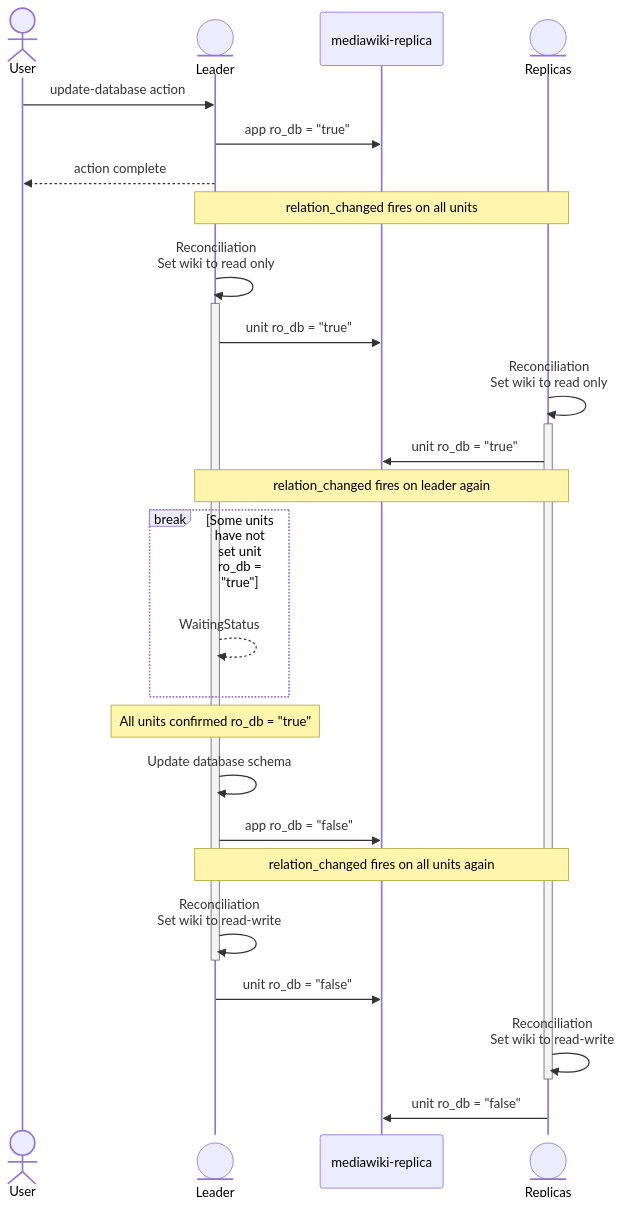
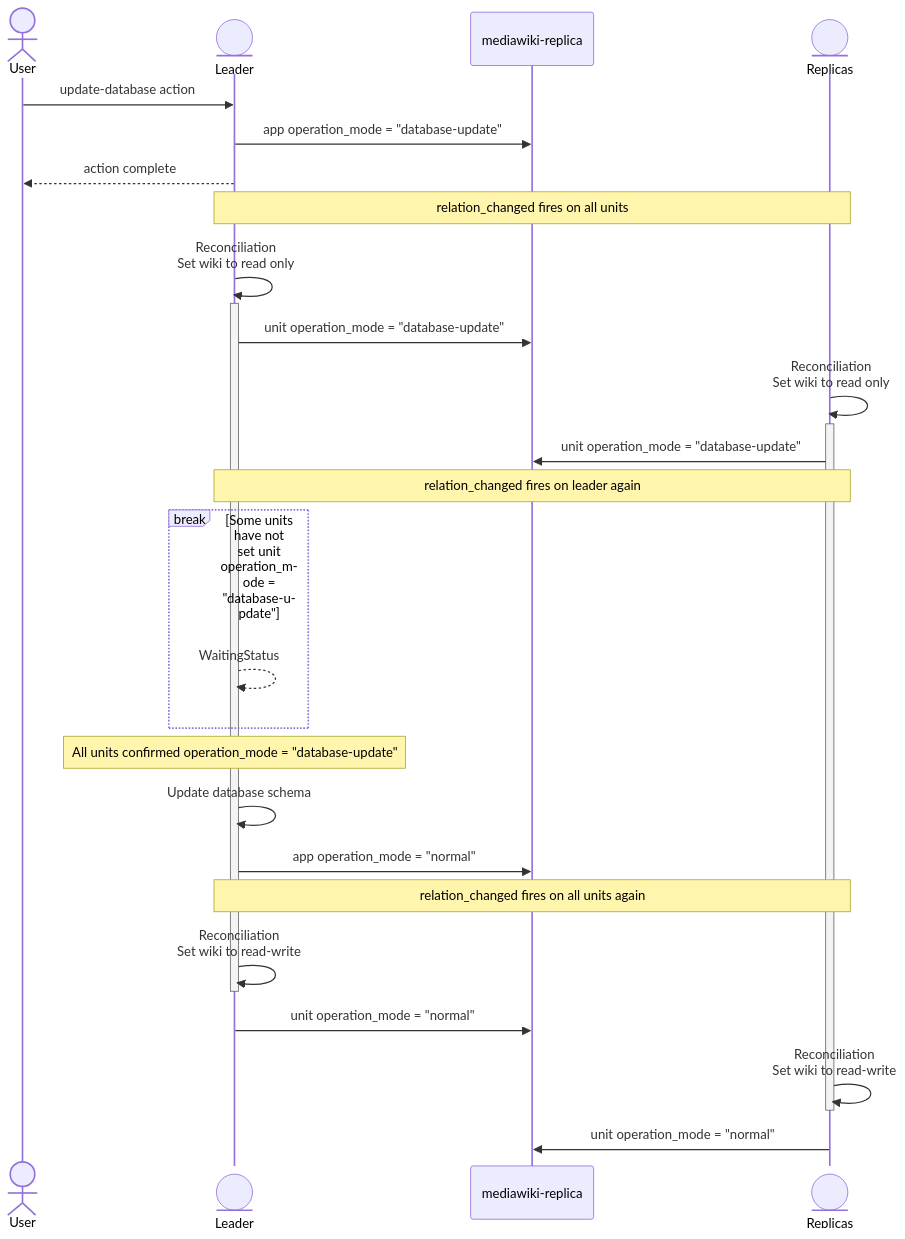
The first of 2 diagrams in docs/explanation/charm-design.rst (canonical/mediawiki-k8s-operator), drawn with Mermaid before and after one commit. The commit also changed other lines of this file and 4 other files, not shown here.

First line of the commit message:
docs: Update docs related to set-maintenance-mode action

```diff
--- a/docs/explanation/charm-design.rst
+++ b/docs/explanation/charm-design.rst
@@ -27,38 +27,38 @@
 .. mermaid::
    :name: update-database-diagram
 
    sequenceDiagram
    actor User 
    participant Leader@{ "type" : "entity" }
    participant PR as mediawiki-replica
    participant Replicas@{ "type" : "entity" }
 
    User->>Leader: update-database action
-   Leader->>PR: app ro_db = "true"
+   Leader->>PR: app operation_mode = "database-update"
    Leader-->>User: action complete
 
    Note over Leader,Replicas: relation_changed fires on all units
 
    Leader->>+Leader: Reconciliation<br/>Set wiki to read only
-   Leader->>PR: unit ro_db = "true"
+   Leader->>PR: unit operation_mode = "database-update"
 
    Replicas->>+Replicas: Reconciliation<br/>Set wiki to read only
-   Replicas->>PR: unit ro_db = "true"
+   Replicas->>PR: unit operation_mode = "database-update"
 
    Note over Leader,Replicas: relation_changed fires on leader again
 
-   break Some units have not set unit ro_db = "true"
+   break Some units have not set unit operation_mode = "database-update"
       Leader-->>Leader: WaitingStatus
    end
 
-   Note over Leader: All units confirmed ro_db = "true"
+   Note over Leader: All units confirmed operation_mode = "database-update"
    Leader->>Leader: Update database schema
-   Leader->>PR: app ro_db = "false"
+   Leader->>PR: app operation_mode = "normal"
 
    Note over Leader,Replicas: relation_changed fires on all units again
 
    Leader->>-Leader: Reconciliation<br/>Set wiki to read-write
-   Leader->>PR: unit ro_db = "false"
+   Leader->>PR: unit operation_mode = "normal"
 
    Replicas->>-Replicas: Reconciliation<br/>Set wiki to read-write
-   Replicas->>PR: unit ro_db = "false"
+   Replicas->>PR: unit operation_mode = "normal"
```
